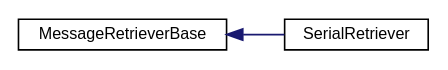
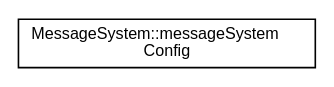
Before and after one commit to fvolcic/fvolcic.github.io: the diagram in inherit_graph_20.dot, drawn with Graphviz. The commit also changed 130 other files, not shown here.

```diff
--- a/inherit_graph_20.dot
+++ b/inherit_graph_20.dot
@@ -1,10 +1,8 @@
 digraph "Graphical Class Hierarchy"
 {
  // LATEX_PDF_SIZE
   edge [fontname="Helvetica",fontsize="10",labelfontname="Helvetica",labelfontsize="10"];
   node [fontname="Helvetica",fontsize="10",shape=record];
   rankdir="LR";
-  Node0 [label="MessageRetrieverBase",height=0.2,width=0.4,color="black", fillcolor="white", style="filled",URL="$classMessageRetrieverBase.html",tooltip="Create the base class for the message retreiver. All different ways of retrieving messages must be do..."];
-  Node0 -> Node1 [dir="back",color="midnightblue",fontsize="10",style="solid",fontname="Helvetica"];
-  Node1 [label="SerialRetriever",height=0.2,width=0.4,color="black", fillcolor="white", style="filled",URL="$classSerialRetriever.html",tooltip="The class that represents the Serial retriever."];
+  Node0 [label="MessageSystem::messageSystem\lConfig",height=0.2,width=0.4,color="black", fillcolor="white", style="filled",URL="$structMessageSystem_1_1messageSystemConfig.html",tooltip=" "];
 }
```
